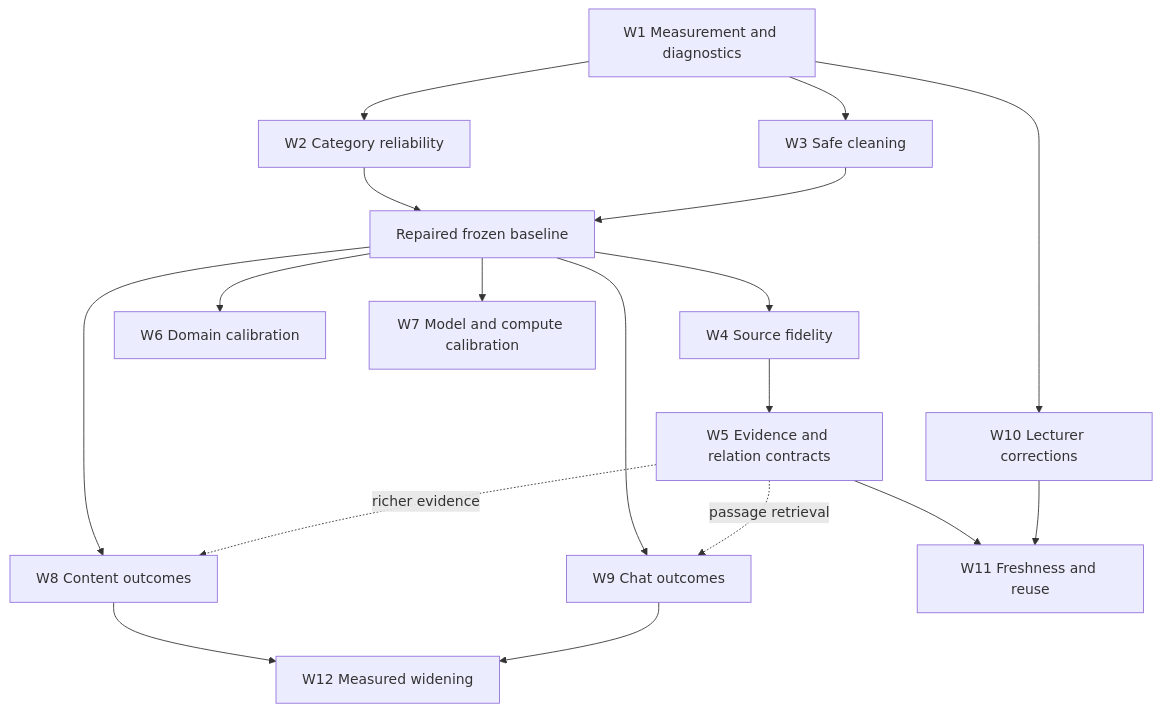
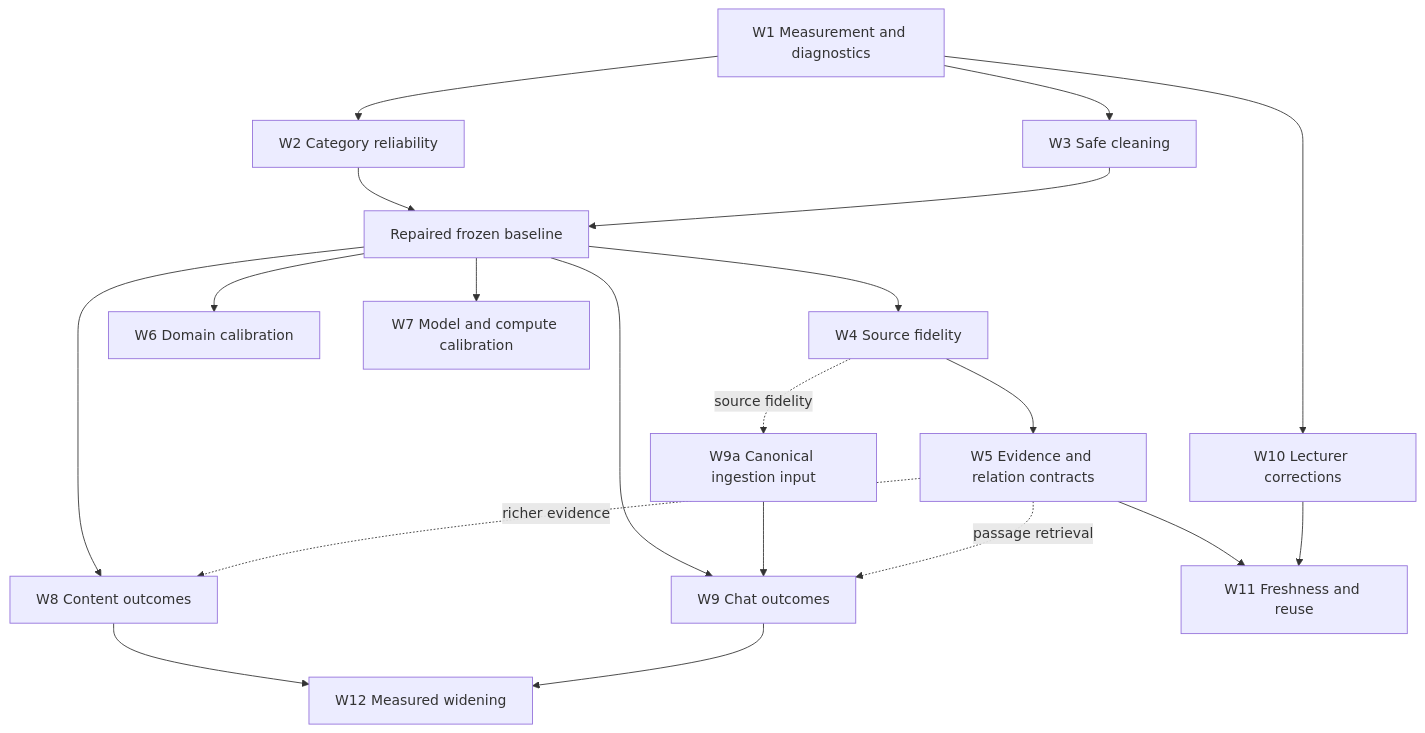
One commit to uzh-bf/klicker-uzh changed the diagram in project/2026-09-12-kg-quality-roadmap.md. Above: the diagram before and after it, drawn with Mermaid. The commit also changed other lines of this file and 2 other files, not shown here.

Commit message:
docs(project): add canonical ingestion input implementation plan

````diff
--- a/project/2026-09-12-kg-quality-roadmap.md
+++ b/project/2026-09-12-kg-quality-roadmap.md
@@ -364,20 +409,22 @@
 ```mermaid
 flowchart TD
   W1[W1 Measurement and diagnostics] --> W2[W2 Category reliability]
   W1 --> W3[W3 Safe cleaning]
   W2 --> R[Repaired frozen baseline]
   W3 --> R
   R --> W4[W4 Source fidelity]
   W4 --> W5[W5 Evidence and relation contracts]
   R --> W6[W6 Domain calibration]
   R --> W7[W7 Model and compute calibration]
   R --> W8[W8 Content outcomes]
   R --> W9[W9 Chat outcomes]
+  W4 -. source fidelity .-> W9a[W9a Canonical ingestion input]
+  W9a --> W9
   W5 -. richer evidence .-> W8
   W5 -. passage retrieval .-> W9
   W1 --> W10[W10 Lecturer corrections]
   W5 --> W11[W11 Freshness and reuse]
   W10 --> W11
   W8 --> W12[W12 Measured widening]
   W9 --> W12
 ```
````
